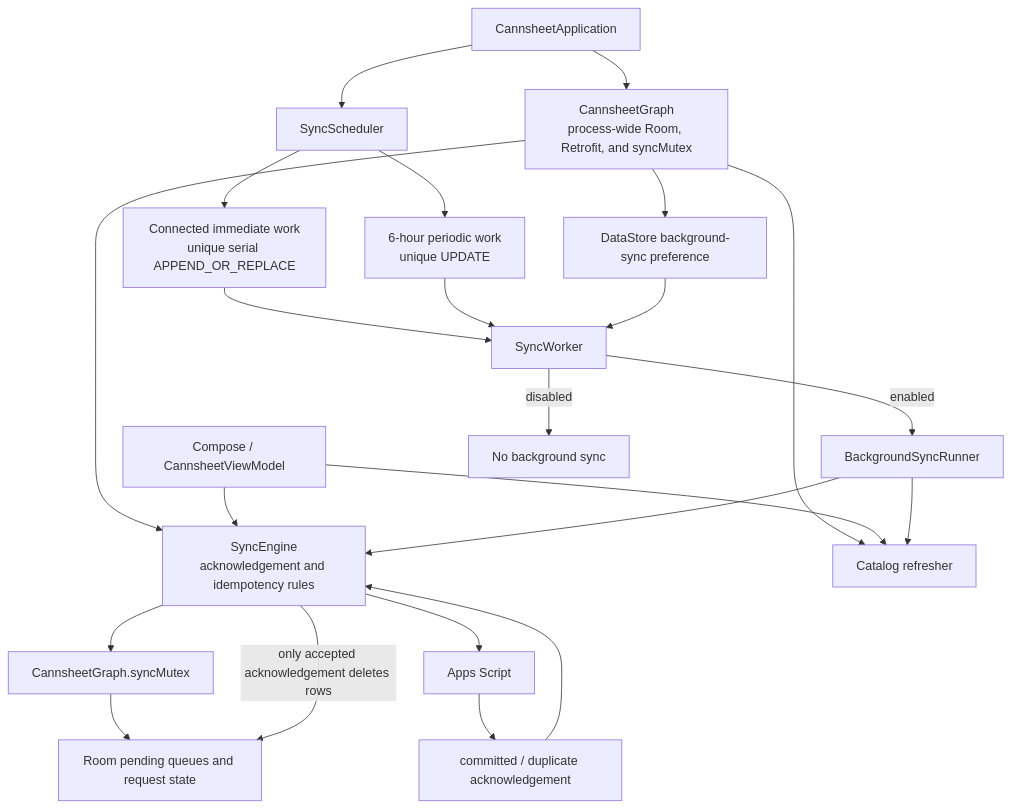
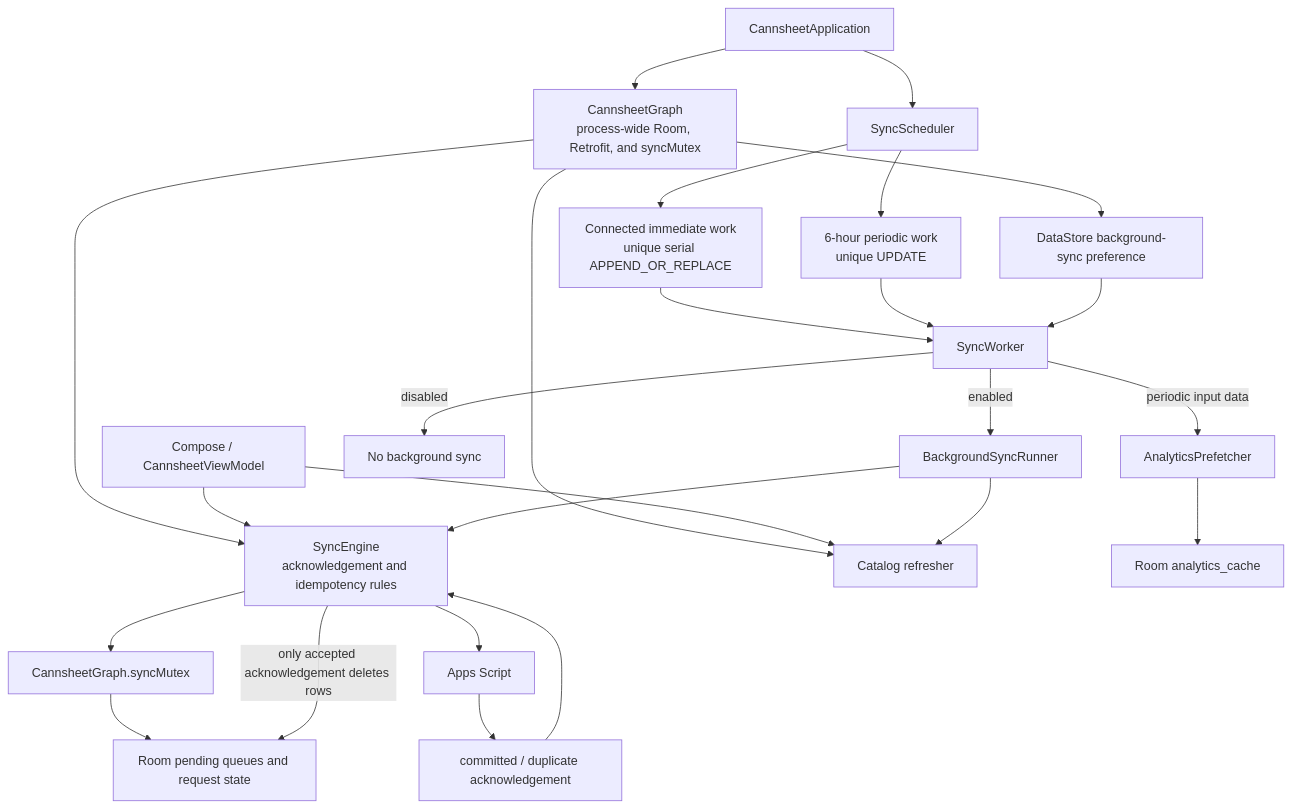
One commit to noamvb/cannsheet-mobile changed the second of 2 diagrams in docs/ARCHITECTURE.md. Above: the diagram before and after it, drawn with Mermaid. The commit also changed other lines of this file and 12 other files, not shown here.

First line of the commit message:
Prefetch Insights/History analytics cache from periodic background sync

````diff
--- a/docs/ARCHITECTURE.md
+++ b/docs/ARCHITECTURE.md
@@ -61,25 +61,27 @@
 ```mermaid
 flowchart TD
     App["CannsheetApplication"] --> Graph["CannsheetGraph\nprocess-wide Room, Retrofit, and syncMutex"]
     Graph --> Prefs["DataStore background-sync preference"]
     Graph --> Engine["SyncEngine\nacknowledgement and idempotency rules"]
     Graph --> Refresher["Catalog refresher"]
     App --> Scheduler["SyncScheduler"]
     UI["Compose / CannsheetViewModel"] --> Refresher
     UI --> Engine
     Scheduler --> Immediate["Connected immediate work\nunique serial APPEND_OR_REPLACE"]
     Scheduler --> Periodic["6-hour periodic work\nunique UPDATE"]
     Immediate --> Worker["SyncWorker"]
     Periodic --> Worker
     Prefs --> Worker
     Worker -->|enabled| Runner["BackgroundSyncRunner"]
     Worker -->|disabled| Stop["No background sync"]
     Runner --> Engine
     Runner --> Refresher
     Engine --> Mutex["CannsheetGraph.syncMutex"]
     Mutex --> Queue["Room pending queues and request state"]
     Engine --> HTTP["Apps Script"]
     HTTP --> Ack["committed / duplicate acknowledgement"]
     Ack --> Engine
     Engine -->|only accepted acknowledgement deletes rows| Queue
+    Worker -->|periodic input data| Prefetcher["AnalyticsPrefetcher"]
+    Prefetcher --> Cache["Room analytics_cache"]
 ```
````
